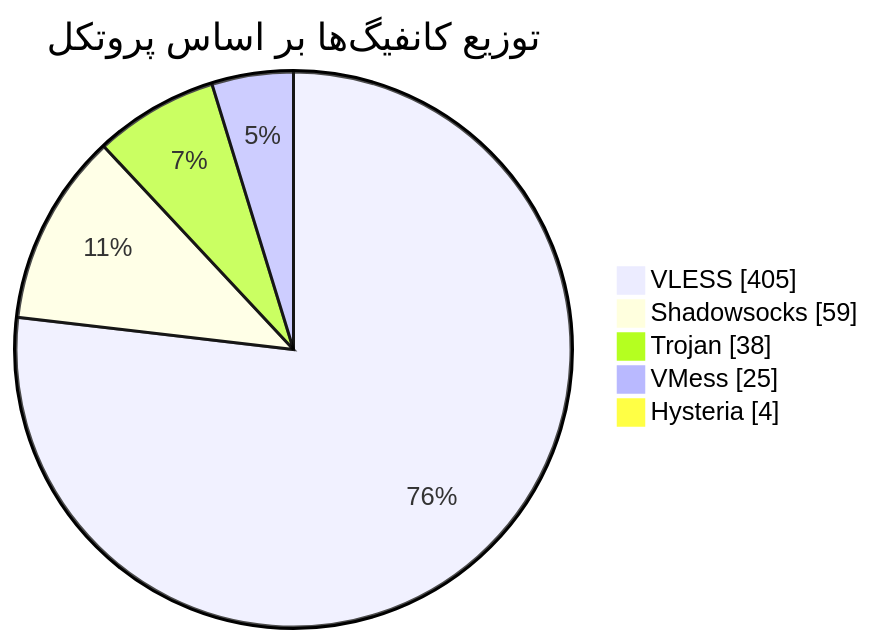
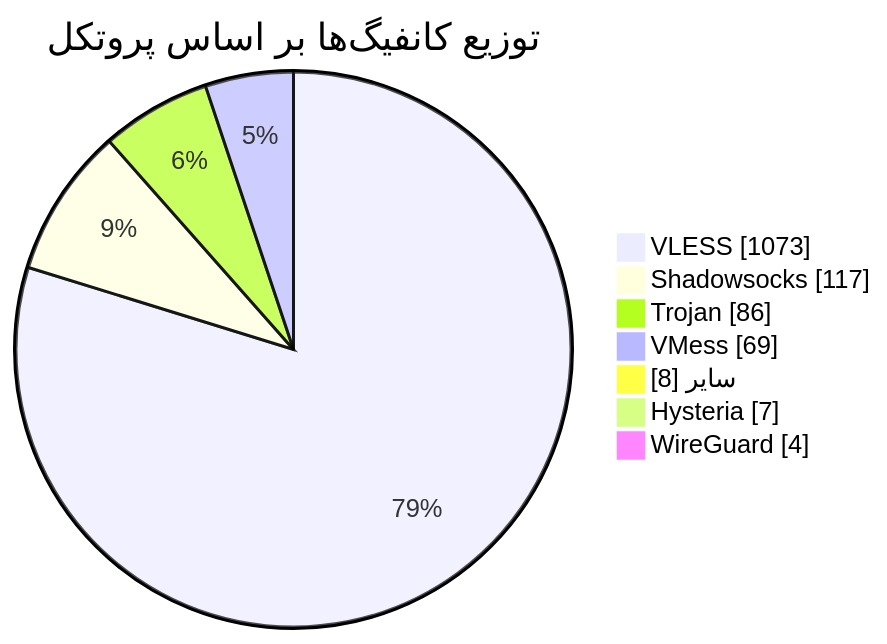
Before and after one commit to Arian-Alijani/Somthing: the diagram in README.md, drawn with Mermaid. The commit also changed other lines of this file and 111 other files, not shown here.

````diff
--- a/README.md
+++ b/README.md
@@ -47,9 +49,11 @@
 ```mermaid
 pie showData
     title توزیع کانفیگ‌ها بر اساس پروتکل
-    "VLESS" : 405
-    "Shadowsocks" : 59
-    "Trojan" : 38
-    "VMess" : 25
-    "Hysteria" : 4
+    "VLESS" : 1073
+    "Shadowsocks" : 117
+    "Trojan" : 86
+    "VMess" : 69
+    "سایر" : 8
+    "Hysteria" : 7
+    "WireGuard" : 4
 ```
````
